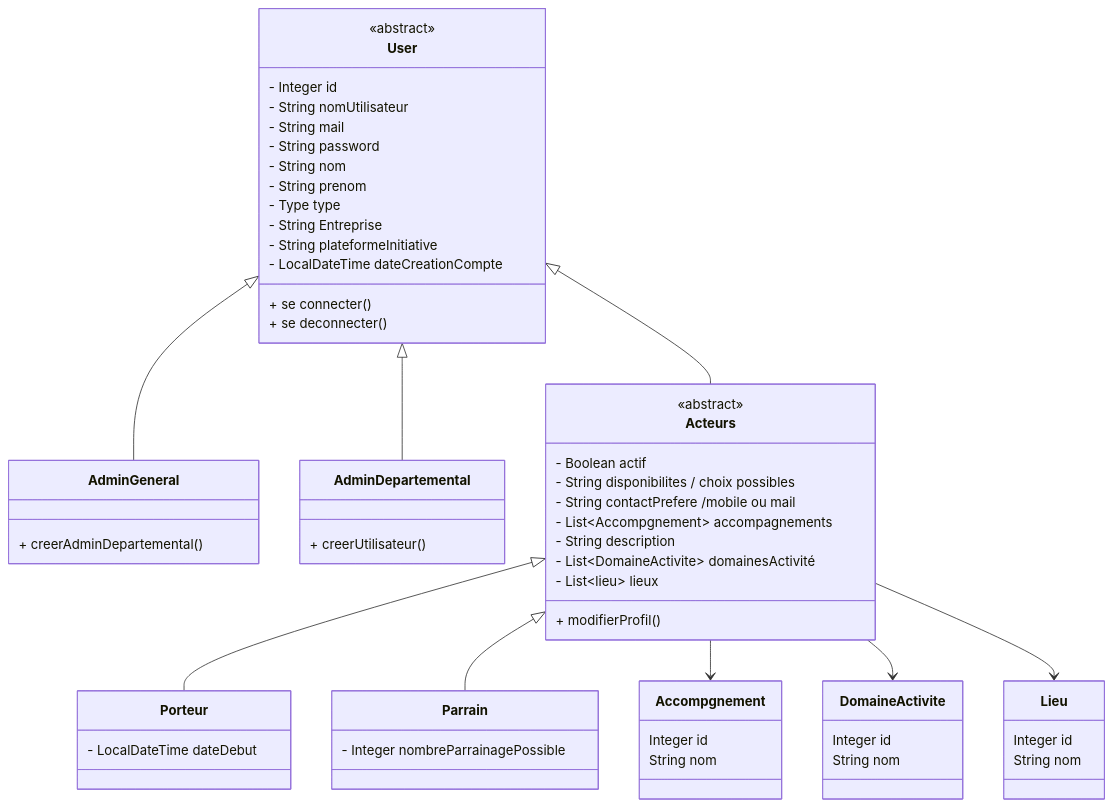
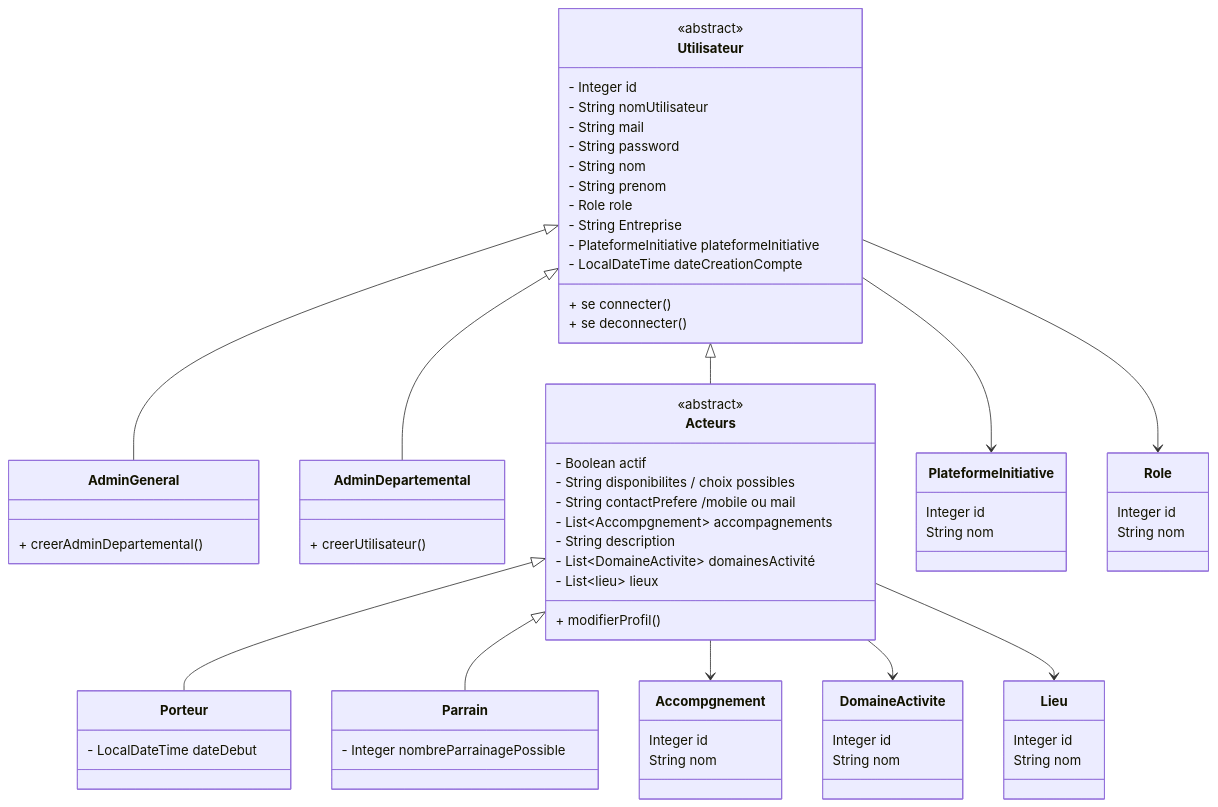
The diagram in Documents/modelConceptuelDonnées.md (OlivierV79/projet_fil_rouge_CDA), drawn with Mermaid before and after one commit. The commit also changed 26 other files, not shown here.

`````diff
--- a/Documents/modelConceptuelDonnées.md
+++ b/Documents/modelConceptuelDonnées.md
@@ -3,6 +3,6 @@
 ````mermaid
 classDiagram
-    class User{
+    class Utilisateur{
         <<abstract>>
         - Integer id
         - String nomUtilisateur
@@ -10,9 +10,9 @@
         - String password
         - String nom
         - String prenom
-        - Type type
+        - Role role
         - String Entreprise
-        - String plateformeInitiative
+        - PlateformeInitiative plateformeInitiative
         - LocalDateTime dateCreationCompte
         + se connecter()
         + se deconnecter()
@@ -58,15 +58,29 @@
             String nom
         }
         
+        class PlateformeInitiative{
+            Integer id
+            String nom
+        }
+        
         class Lieu{
             Integer id
             String nom
         }
+        
+        class Role{
+            Integer id
+            String nom
+        }
+        
+        
 
 
-    User <|-- AdminGeneral
-    User <|-- AdminDepartemental
-    User <|-- Acteurs
+    Utilisateur <|-- AdminGeneral
+    Utilisateur <|-- AdminDepartemental
+    Utilisateur <|-- Acteurs
+    Utilisateur --> PlateformeInitiative
+    Utilisateur --> Role
     Acteurs <|-- Porteur
     Acteurs <|-- Parrain
 
`````
